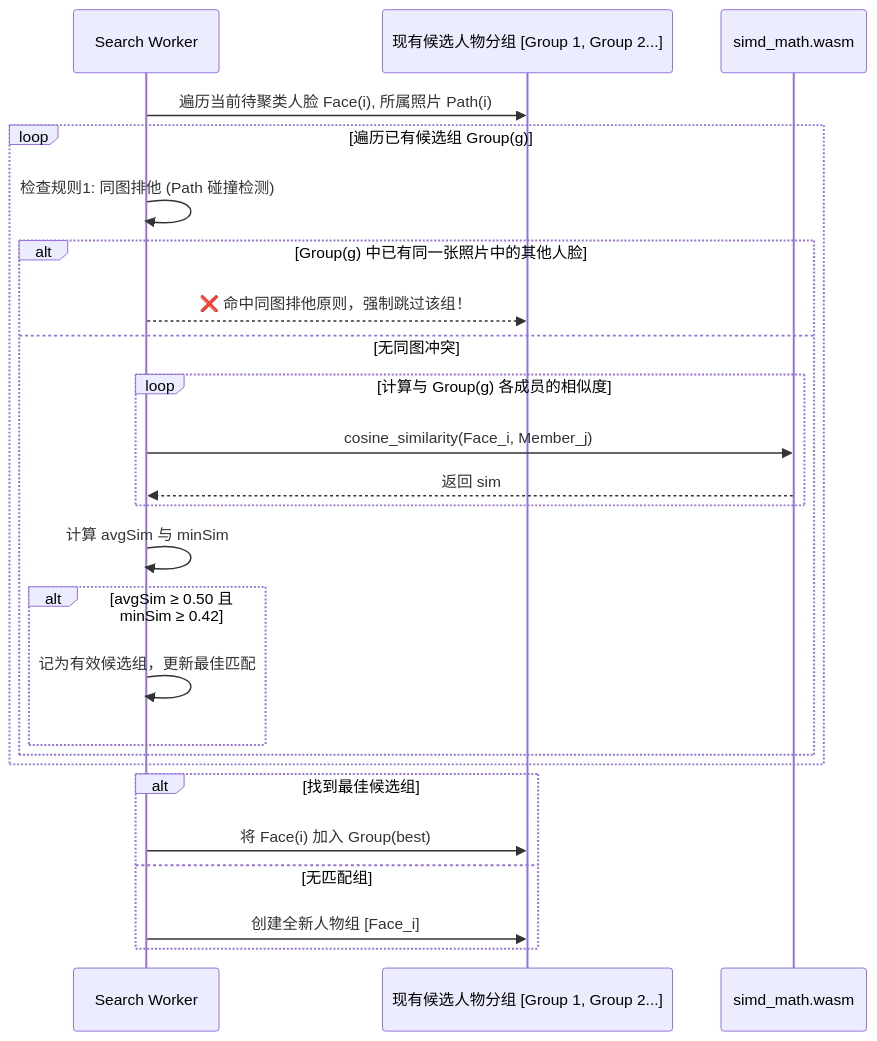
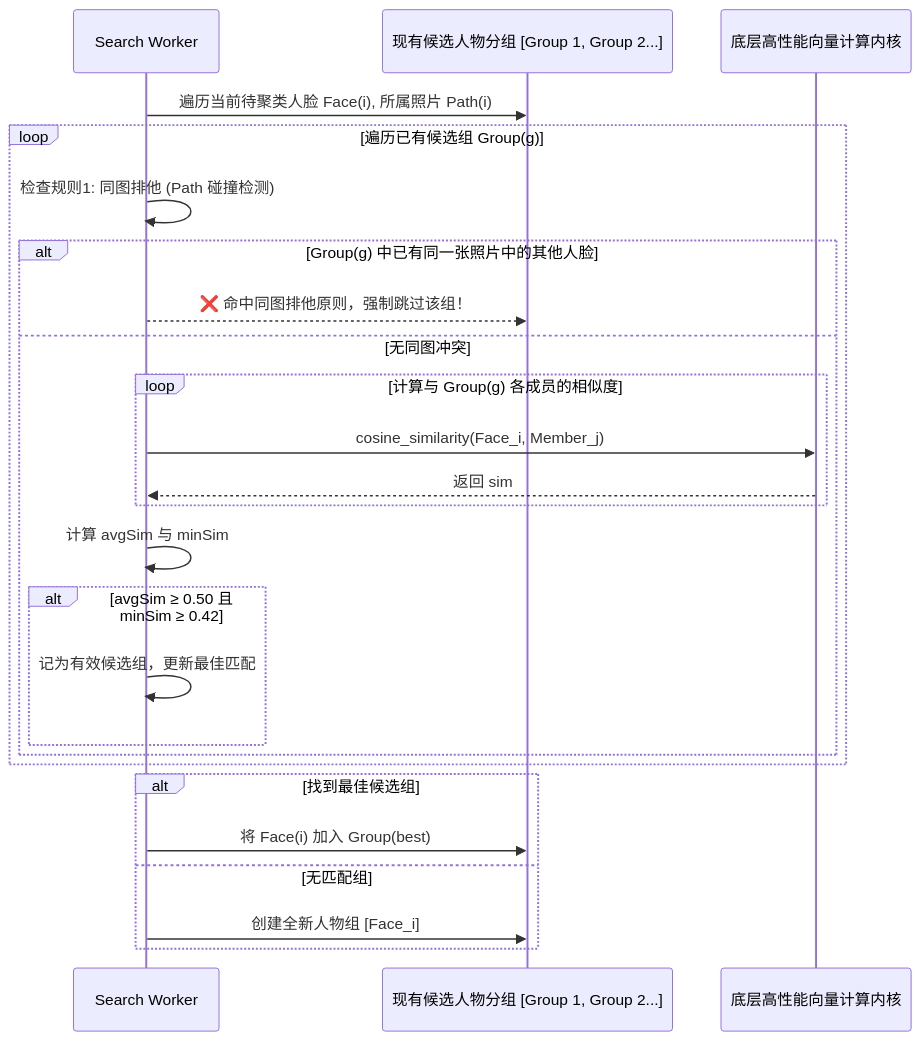
Before and after one commit to NovaMindLab/AIShare-Grabber: the third of 3 diagrams in wiki/features/face_recognition.md, drawn with Mermaid. The commit also changed other lines of this file and 5 other files, not shown here.

Commit message:
docs(wiki): sanitize WASM SIMD terminology to high-level vector acceleration and zero-copy architecture

````diff
--- a/wiki/features/face_recognition.md
+++ b/wiki/features/face_recognition.md
@@ -150,28 +150,28 @@
 ```mermaid
 sequenceDiagram
     participant Worker as Search Worker
     participant Cluster as 现有候选人物分组 [Group 1, Group 2...]
-    participant WASM as simd_math.wasm
+    participant Engine as 底层高性能向量计算内核
     
     Worker->>Cluster: 遍历当前待聚类人脸 Face(i), 所属照片 Path(i)
     loop 遍历已有候选组 Group(g)
         Worker->>Worker: 检查规则1: 同图排他 (Path 碰撞检测)
         alt Group(g) 中已有同一张照片中的其他人脸
             Worker-->>Cluster: ❌ 命中同图排他原则，强制跳过该组！
         else 无同图冲突
             loop 计算与 Group(g) 各成员的相似度
-                Worker->>WASM: cosine_similarity(Face_i, Member_j)
-                WASM-->>Worker: 返回 sim
+                Worker->>Engine: cosine_similarity(Face_i, Member_j)
+                Engine-->>Worker: 返回 sim
             end
             Worker->>Worker: 计算 avgSim 与 minSim
             alt avgSim ≥ 0.50 且 minSim ≥ 0.42
                 Worker->>Worker: 记为有效候选组，更新最佳匹配
             end
         end
     end
     alt 找到最佳候选组
         Worker->>Cluster: 将 Face(i) 加入 Group(best)
     else 无匹配组
         Worker->>Cluster: 创建全新人物组 [Face_i]
     end
 ```
````
